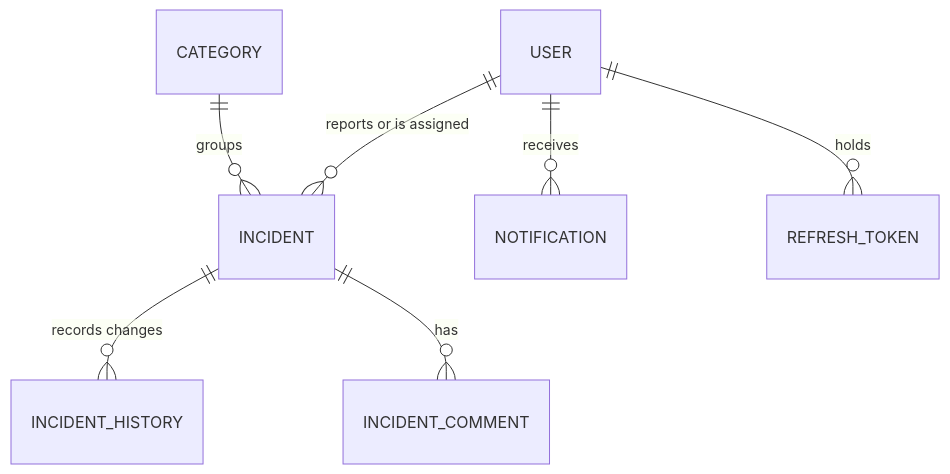
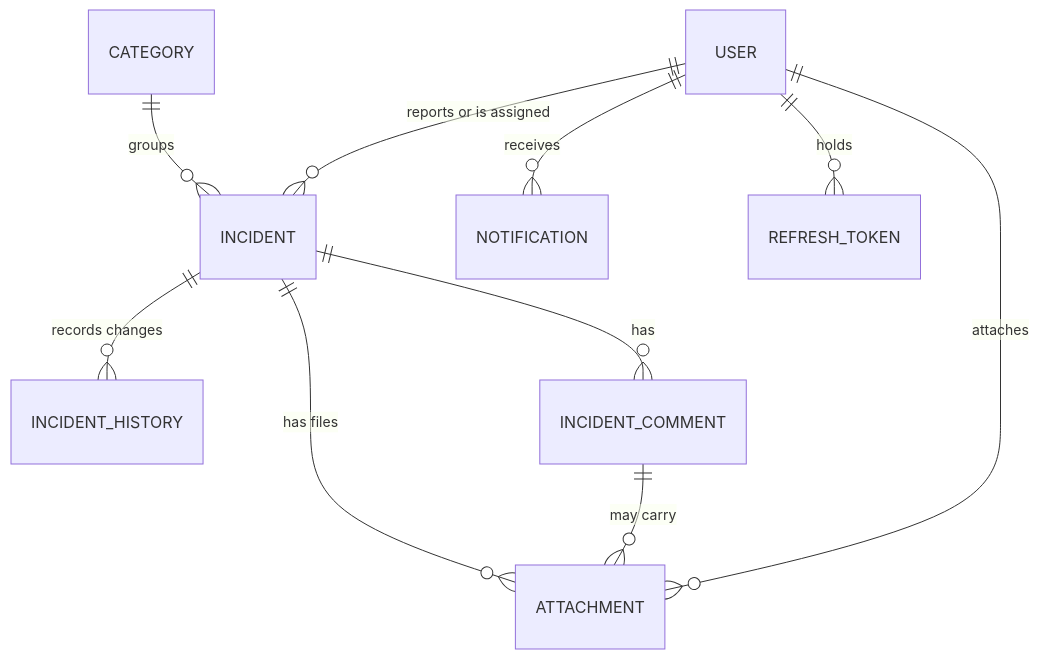
The third of 3 diagrams in README.md (gademeghana20/ResolveIQ), drawn with Mermaid before and after one commit. The commit also changed other lines of this file and 57 other files, not shown here.

````diff
--- a/README.md
+++ b/README.md
@@ -339,9 +357,12 @@
 ```mermaid
 erDiagram
     CATEGORY ||--o{ INCIDENT : "groups"
     INCIDENT ||--o{ INCIDENT_HISTORY : "records changes"
     INCIDENT ||--o{ INCIDENT_COMMENT : "has"
+    INCIDENT ||--o{ ATTACHMENT : "has files"
+    INCIDENT_COMMENT ||--o{ ATTACHMENT : "may carry"
     USER ||--o{ INCIDENT : "reports or is assigned"
     USER ||--o{ NOTIFICATION : "receives"
     USER ||--o{ REFRESH_TOKEN : "holds"
+    USER ||--o{ ATTACHMENT : "attaches"
 ```
````
